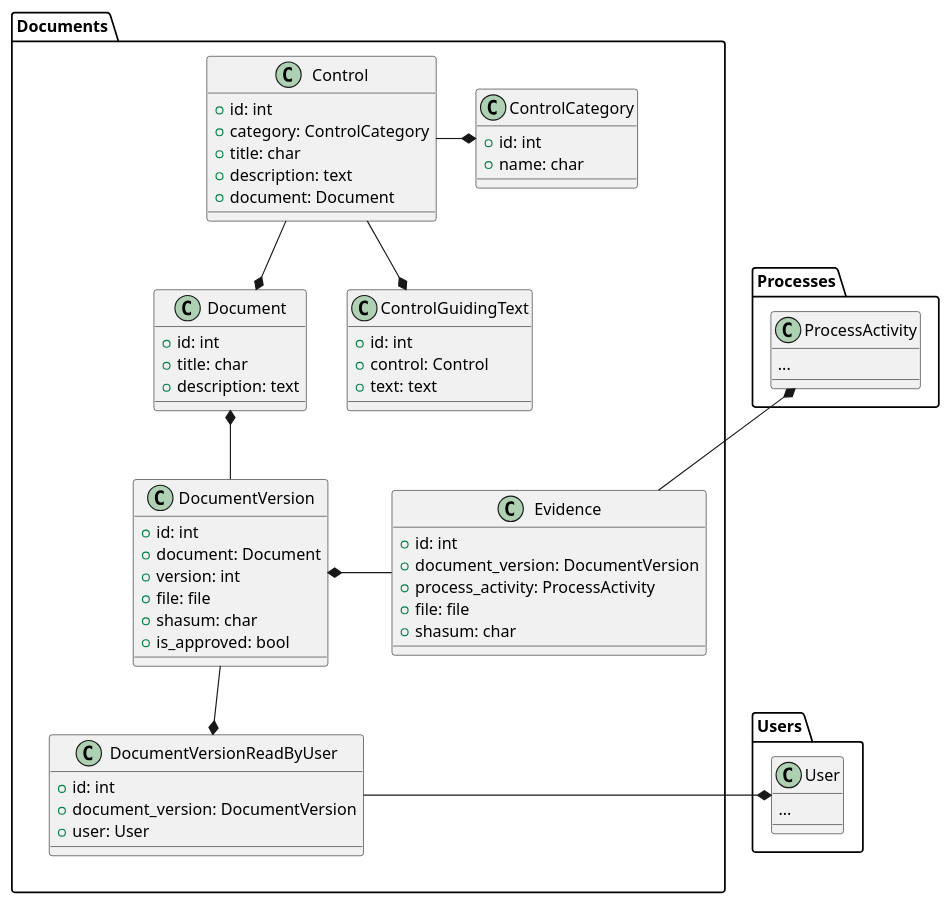
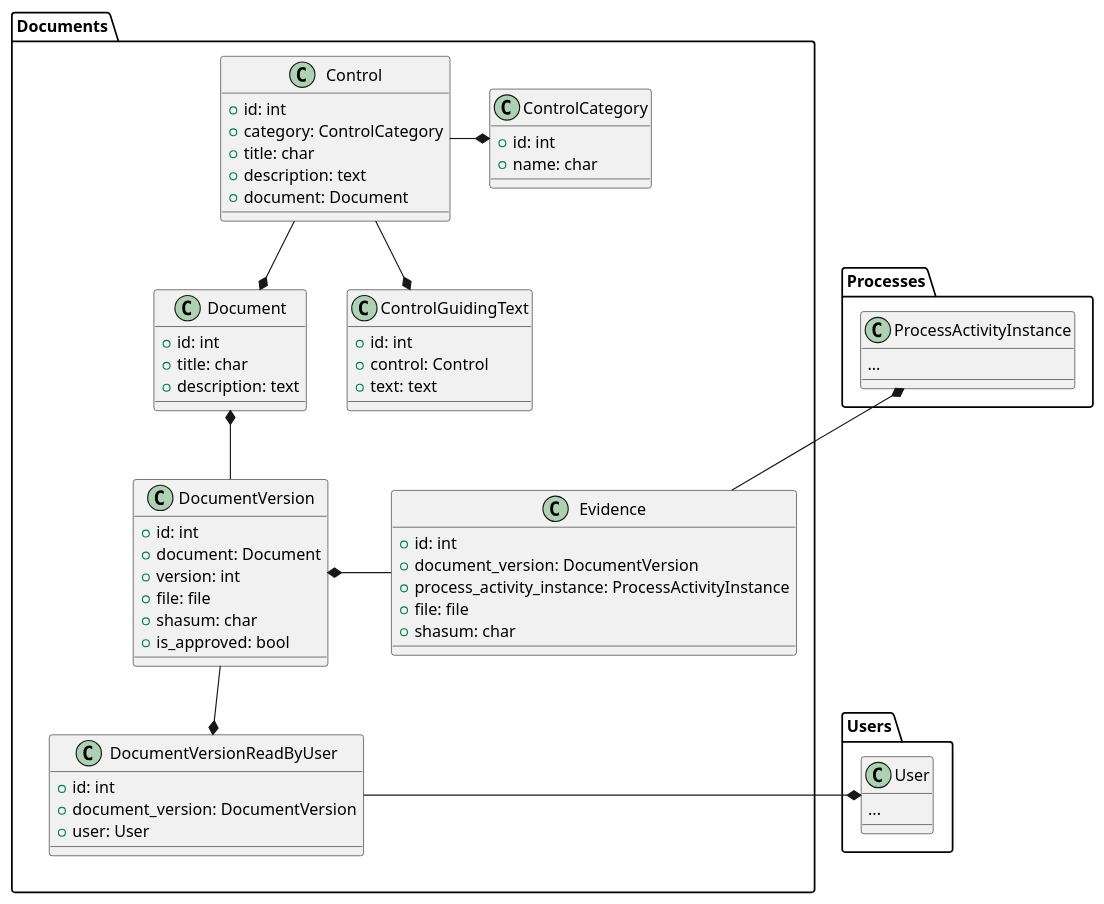
One commit to Gabo-araya/sgsi_ext changed the first of 4 diagrams in docs/rfc/InitialModellingRFC.md. Above: the diagram before and after it, drawn with PlantUML. The commit also changed other lines of this file and 11 other files, not shown here.

Commit message:
feat: rename ProcessActivity to ProcessActivityInstance

````diff
--- a/docs/rfc/InitialModellingRFC.md
+++ b/docs/rfc/InitialModellingRFC.md
@@ -17,66 +17,66 @@
 ```plantuml
 package Documents {
     together {
         class Document {
             + id: int
             + title: char
             + description: text
         }
         together {
             class DocumentVersion {
                 + id: int
                 + document: Document
                 + version: int
                 + file: file
                 + shasum: char
                 + is_approved: bool
             }
             class DocumentVersionReadByUser {
                 + id: int
                 + document_version: DocumentVersion
                 + user: User
             }
         }
     }
     class Control {
         + id: int
         + category: ControlCategory
         + title: char
         + description: text
         + document: Document
     }
     class ControlGuidingText {
         + id: int
         + control: Control
         + text: text
     }
     class ControlCategory {
         + id: int
         + name: char
     }
     class Evidence {
         + id: int
         + document_version: DocumentVersion
-        + process_activity: ProcessActivity
+        + process_activity_instance: ProcessActivityInstance
         + file: file
         + shasum: char
     }
 }
 
-class Processes.ProcessActivity {
+class Processes.ProcessActivityInstance {
     ...
 }
 
 class Users.User {
     ...
 }
 
 Documents.Control --* Documents.Document
 Documents.Control -* Documents.ControlCategory
 Documents.Control --* Documents.ControlGuidingText
 Documents.DocumentVersion -up-* Documents.Document
 Documents.DocumentVersion --* Documents.DocumentVersionReadByUser
-Documents.Evidence -up-* Processes.ProcessActivity
+Documents.Evidence -up-* Processes.ProcessActivityInstance
 Documents.Evidence -* Documents.DocumentVersion
 Documents.DocumentVersionReadByUser -* Users.User
 ```
````
